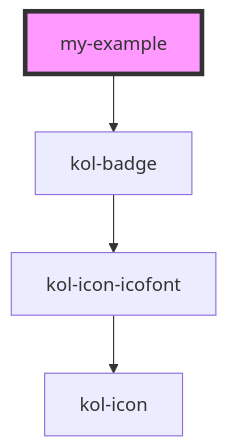
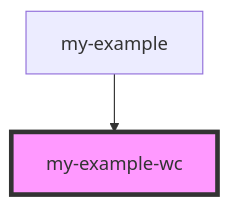
Before and after one commit to public-ui/kolibri: the diagram in packages/create-kolibri/templates/kolibri-library/packages/components/src/components/example/readme.md, drawn with Mermaid. The commit also changed other lines of this file and 90 other files, not shown here.

````diff
--- a/packages/create-kolibri/templates/kolibri-library/packages/components/src/components/example/readme.md
+++ b/packages/create-kolibri/templates/kolibri-library/packages/components/src/components/example/readme.md
@@ -19,7 +20,5 @@
 ```mermaid
 graph TD;
-  my-example --> kol-badge
-  kol-badge --> kol-icon-icofont
-  kol-icon-icofont --> kol-icon
-  style my-example fill:#f9f,stroke:#333,stroke-width:4px
+  my-example --> my-example-wc
+  style my-example-wc fill:#f9f,stroke:#333,stroke-width:4px
 ```
````
